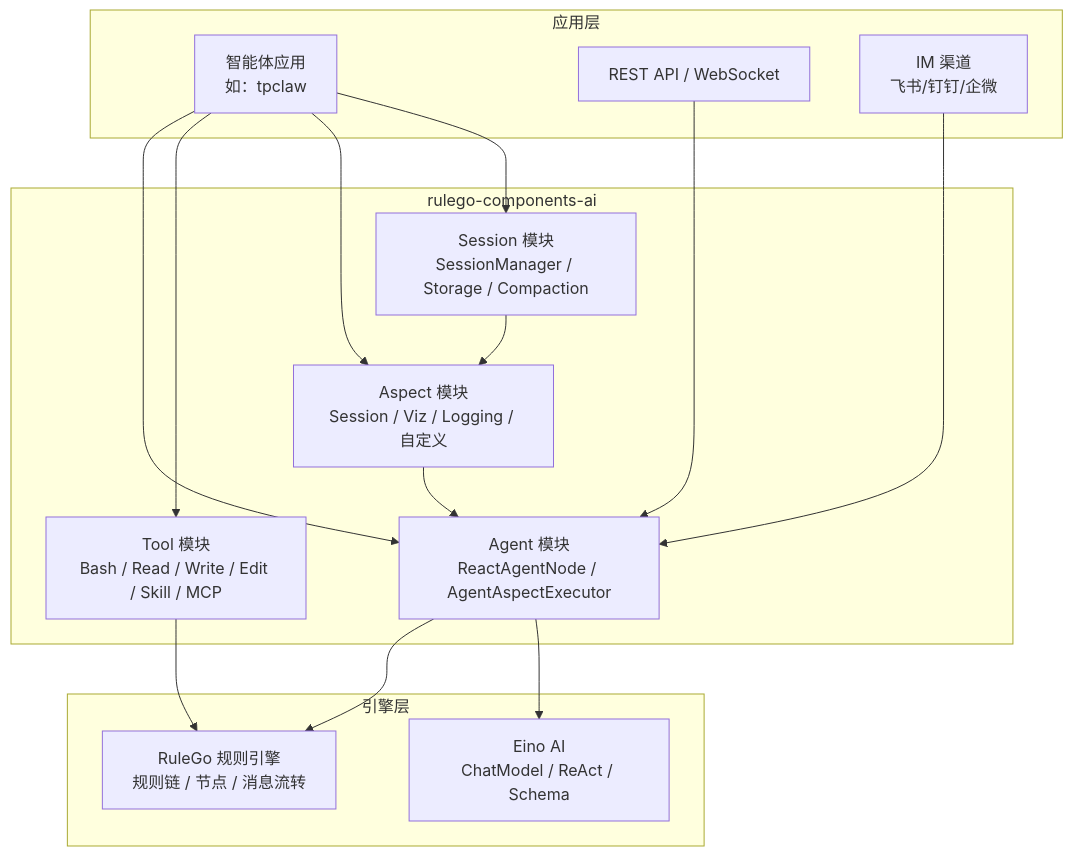
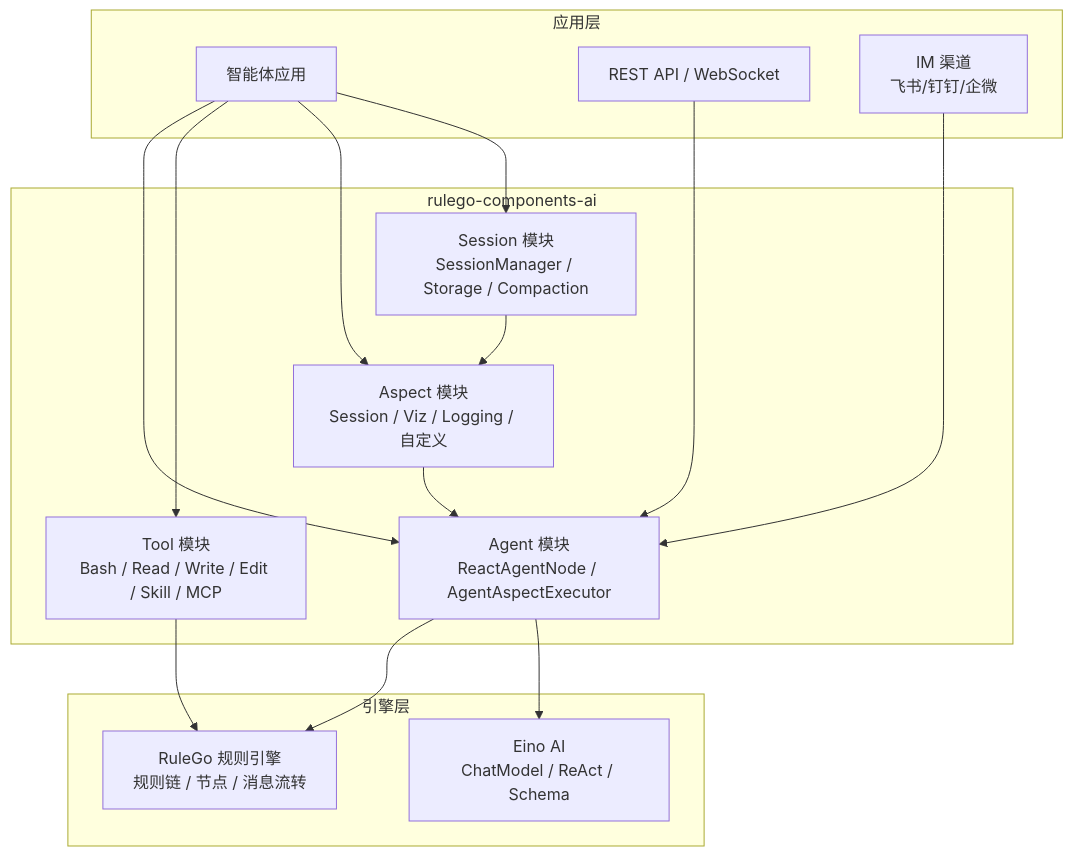
The diagram in docs/01.指南/04.扩展组件/06.ai/07.智能体/00.概述.md (rulego/rulego-doc), drawn with Mermaid before and after one commit. The commit also changed other lines of this file and 29 other files, not shown here.

````diff
--- a/docs/01.指南/04.扩展组件/06.ai/07.智能体/00.概述.md
+++ b/docs/01.指南/04.扩展组件/06.ai/07.智能体/00.概述.md
@@ -37,33 +133,33 @@
 ```mermaid
 graph TB
     subgraph 应用层
-        APP[智能体应用<br/>如：tpclaw]
-        API[REST API / WebSocket]
-        IM[IM 渠道<br/>飞书/钉钉/企微]
+        APP["智能体应用"]
+        API["REST API / WebSocket"]
+        IM["IM 渠道<br/>飞书/钉钉/企微"]
     end
 
     subgraph 框架层["rulego-components-ai"]
-        AGENT[Agent 模块<br/>ReactAgentNode / AgentAspectExecutor]
-        TOOL[Tool 模块<br/>Bash / Read / Write / Edit / Skill / MCP]
-        ASPECT[Aspect 模块<br/>Session / Viz / Logging / 自定义]
-        SESSION[Session 模块<br/>SessionManager / Storage / Compaction]
+        AGENT["Agent 模块<br/>ReactAgentNode / AgentAspectExecutor"]
+        TOOL["Tool 模块<br/>Bash / Read / Write / Edit / Skill / MCP"]
+        ASPECT["Aspect 模块<br/>Session / Viz / Logging / 自定义"]
+        SESSION["Session 模块<br/>SessionManager / Storage / Compaction"]
     end
 
     subgraph 引擎层
-        RULEGO[RuleGo 规则引擎<br/>规则链 / 节点 / 消息流转]
-        EINO[Eino AI<br/>ChatModel / ReAct / Schema]
+        RULEGO["RuleGo 规则引擎<br/>规则链 / 节点 / 消息流转"]
+        EINO["Eino AI<br/>ChatModel / ReAct / Schema"]
     end
 
     APP --> AGENT
     APP --> TOOL
     APP --> ASPECT
     APP --> SESSION
     API --> AGENT
     IM --> AGENT
 
     AGENT --> RULEGO
     AGENT --> EINO
     TOOL --> RULEGO
     ASPECT --> AGENT
     SESSION --> ASPECT
 ```
````
